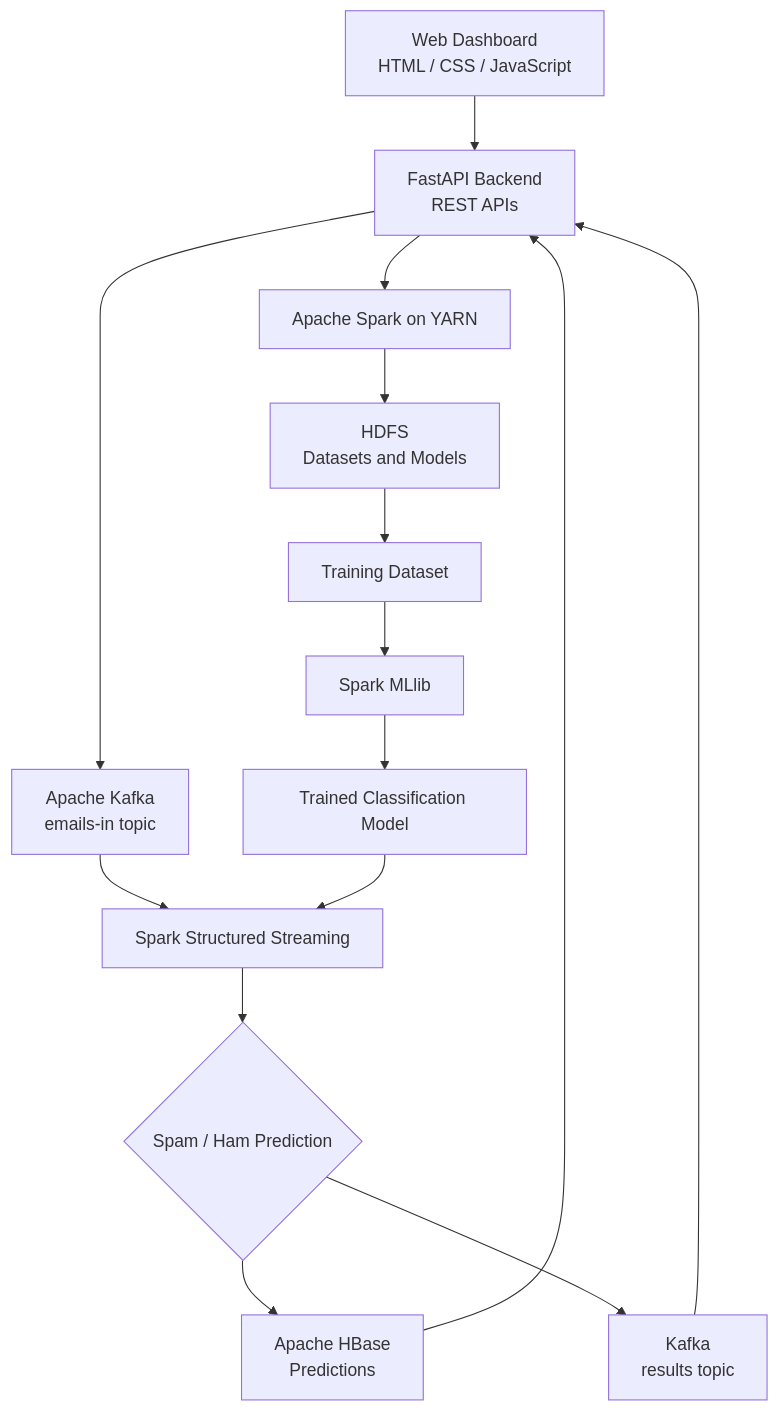
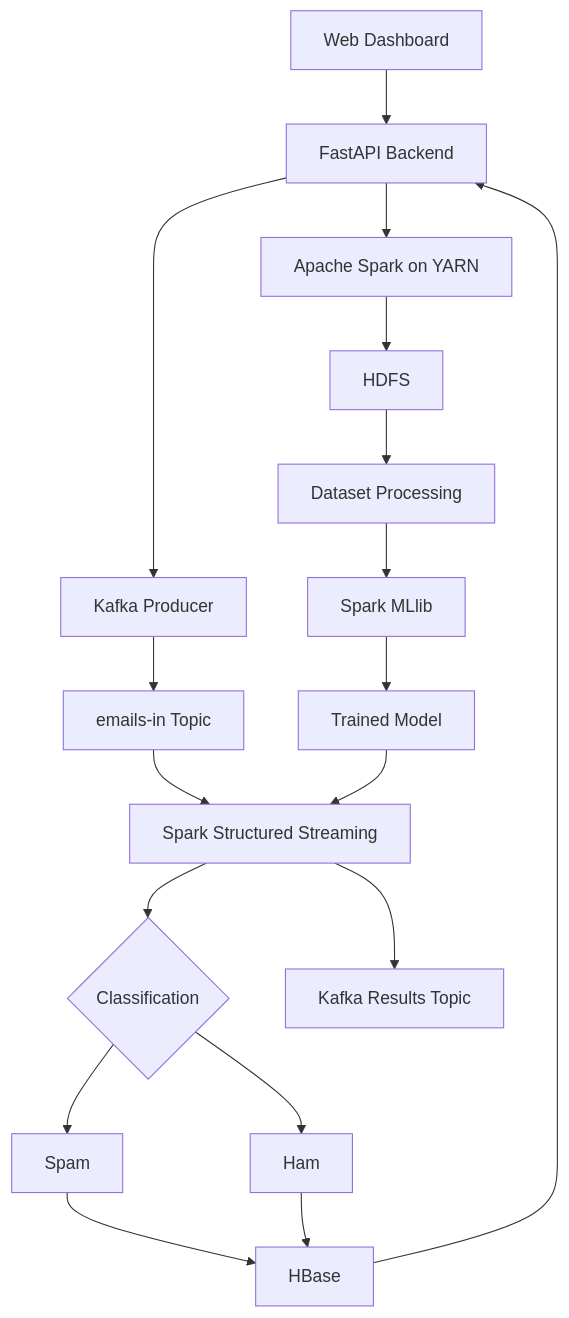
Before and after one commit to Tanishq1706P/Spam-Classifier: the first of 3 diagrams in README.md, drawn with Mermaid. The commit also changed other lines of this file, not shown here.

````diff
--- a/README.md
+++ b/README.md
@@ -373,23 +444,28 @@
 ```mermaid
 flowchart TD
-    A["Web Dashboard<br/>HTML / CSS / JavaScript"] --> B["FastAPI Backend<br/>REST APIs"]
+    A["Web Dashboard"] --> B["FastAPI Backend"]
 
     B --> C["Apache Spark on YARN"]
-    C --> D["HDFS<br/>Datasets and Models"]
+    C --> D["HDFS"]
 
-    B --> E["Apache Kafka<br/>emails-in topic"]
-    E --> F["Spark Structured Streaming"]
+    D --> E["Dataset Processing"]
+    E --> F["Spark MLlib"]
+    F --> G["Trained Model"]
 
-    D --> G["Training Dataset"]
-    G --> H["Spark MLlib"]
-    H --> I["Trained Classification Model"]
+    B --> H["Kafka Producer"]
+    H --> I["emails-in Topic"]
 
-    I --> F
-    F --> J{"Spam / Ham Prediction"}
+    I --> J["Spark Structured Streaming"]
+    G --> J
 
-    J --> K["Apache HBase<br/>Predictions"]
-    J --> L["Kafka<br/>results topic"]
+    J --> K{"Classification"}
 
-    K --> B
-    L --> B
+    K --> L["Spam"]
+    K --> M["Ham"]
+
+    L --> N["HBase"]
+    M --> N
+
+    N --> B
+    J --> O["Kafka Results Topic"]
 ```
````
